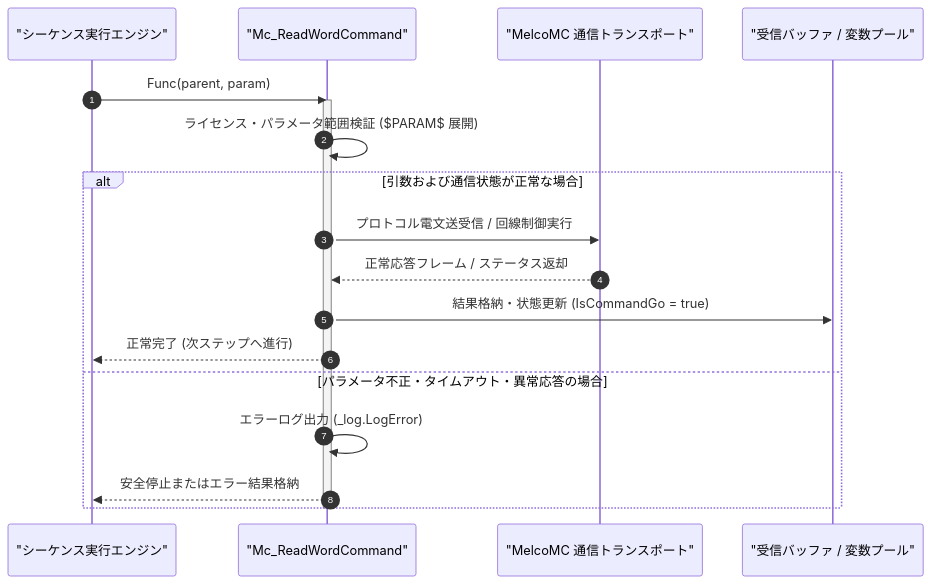
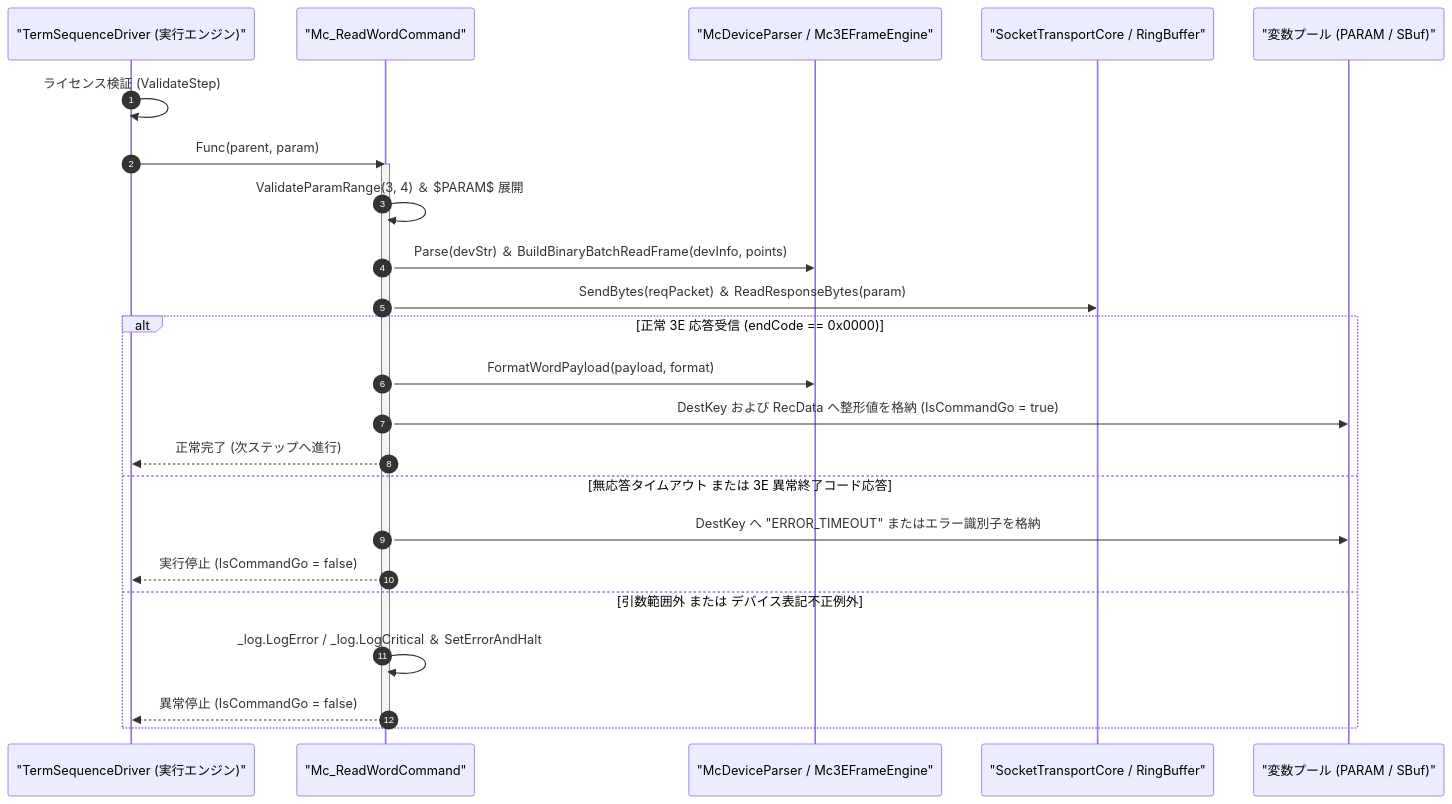
The diagram in Manual/MelcoMC/Mc_ReadWord.Md (Monaca-App/TermAddIn), drawn with Mermaid before and after one commit. The commit also changed other lines of this file and 157 other files, not shown here.

````diff
--- a/Manual/MelcoMC/Mc_ReadWord.Md
+++ b/Manual/MelcoMC/Mc_ReadWord.Md
@@ -68,22 +74,28 @@
 ```mermaid
 sequenceDiagram
     autonumber
-    participant Script as "シーケンス実行エンジン"
+    participant Driver as "TermSequenceDriver (実行エンジン)"
     participant Cmd as "Mc_ReadWordCommand"
-    participant Trans as "MelcoMC 通信トランスポート"
-    participant Buf as "受信バッファ / 変数プール"
+    participant Engine as "McDeviceParser / Mc3EFrameEngine"
+    participant Socket as "SocketTransportCore / RingBuffer"
+    participant Buf as "変数プール (PARAM / SBuf)"
 
-    Script->>Cmd: Func(parent, param)
+    Driver->>Driver: ライセンス検証 (ValidateStep)
+    Driver->>Cmd: Func(parent, param)
     activate Cmd
-    Cmd->>Cmd: ライセンス・パラメータ範囲検証 ($PARAM$ 展開)
-    alt 引数および通信状態が正常な場合
-        Cmd->>Trans: プロトコル電文送受信 / 回線制御実行
-        Trans-->>Cmd: 正常応答フレーム / ステータス返却
-        Cmd->>Buf: 結果格納・状態更新 (IsCommandGo = true)
-        Cmd-->>Script: 正常完了 (次ステップへ進行)
-    else パラメータ不正・タイムアウト・異常応答の場合
-        Cmd->>Cmd: エラーログ出力 (_log.LogError)
-        Cmd-->>Script: 安全停止またはエラー結果格納
+    Cmd->>Cmd: ValidateParamRange(3, 4) ＆ $PARAM$ 展開
+    Cmd->>Engine: Parse(devStr) ＆ BuildBinaryBatchReadFrame(devInfo, points)
+    Cmd->>Socket: SendBytes(reqPacket) ＆ ReadResponseBytes(param)
+    alt 正常 3E 応答受信 (endCode == 0x0000)
+        Cmd->>Engine: FormatWordPayload(payload, format)
+        Cmd->>Buf: DestKey および RecData へ整形値を格納 (IsCommandGo = true)
+        Cmd-->>Driver: 正常完了 (次ステップへ進行)
+    else 無応答タイムアウト または 3E 異常終了コード応答
+        Cmd->>Buf: DestKey へ "ERROR_TIMEOUT" またはエラー識別子を格納
+        Cmd-->>Driver: 実行停止 (IsCommandGo = false)
+    else 引数範囲外 または デバイス表記不正例外
+        Cmd->>Cmd: _log.LogError / _log.LogCritical ＆ SetErrorAndHalt
+        Cmd-->>Driver: 異常停止 (IsCommandGo = false)
     end
     deactivate Cmd
 ```
````
